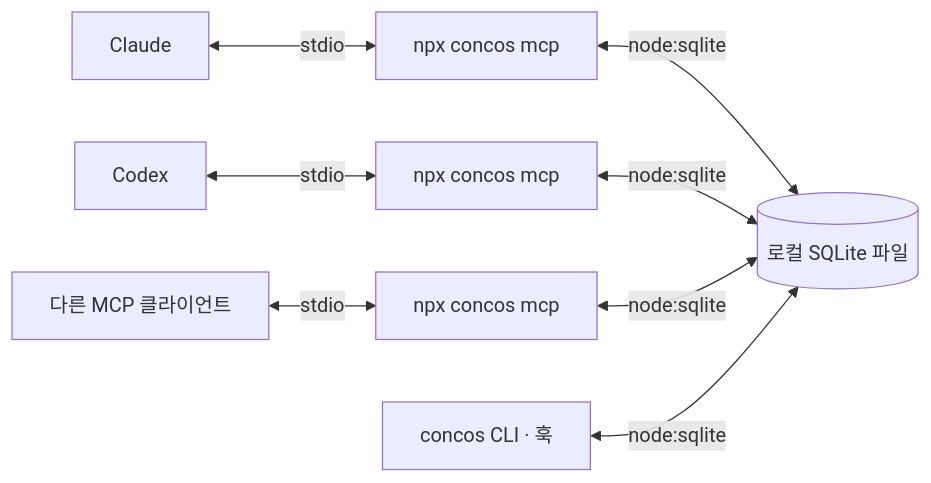
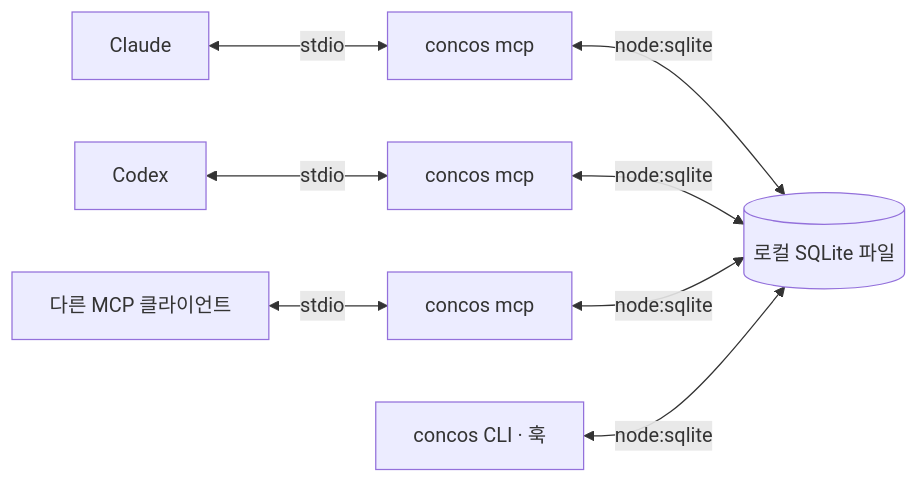
One commit to juncha9/npm.concos changed the diagram in SCAFFOLD.md. Above: the diagram before and after it, drawn with Mermaid. The commit also changed other lines of this file and 22 other files, not shown here.

First line of the commit message:
패키지 이름을 concos-mcp 로 바꾸고 에이전트 역할 · MCP 등록 해제 추가

````diff
--- a/SCAFFOLD.md
+++ b/SCAFFOLD.md
@@ -61,10 +61,10 @@
 ```mermaid
 flowchart LR
-    A[Claude] <-->|stdio| B[npx concos mcp]
-    C[Codex] <-->|stdio| D[npx concos mcp]
-    E[다른 MCP 클라이언트] <-->|stdio| F[npx concos mcp]
+    A[Claude] <-->|stdio| B[concos mcp]
+    C[Codex] <-->|stdio| D[concos mcp]
+    E[다른 MCP 클라이언트] <-->|stdio| F[concos mcp]
     B <-->|node:sqlite| S[(로컬 SQLite 파일)]
     D <-->|node:sqlite| S
     F <-->|node:sqlite| S
     G[concos CLI · 훅] <-->|node:sqlite| S
 ```
````
